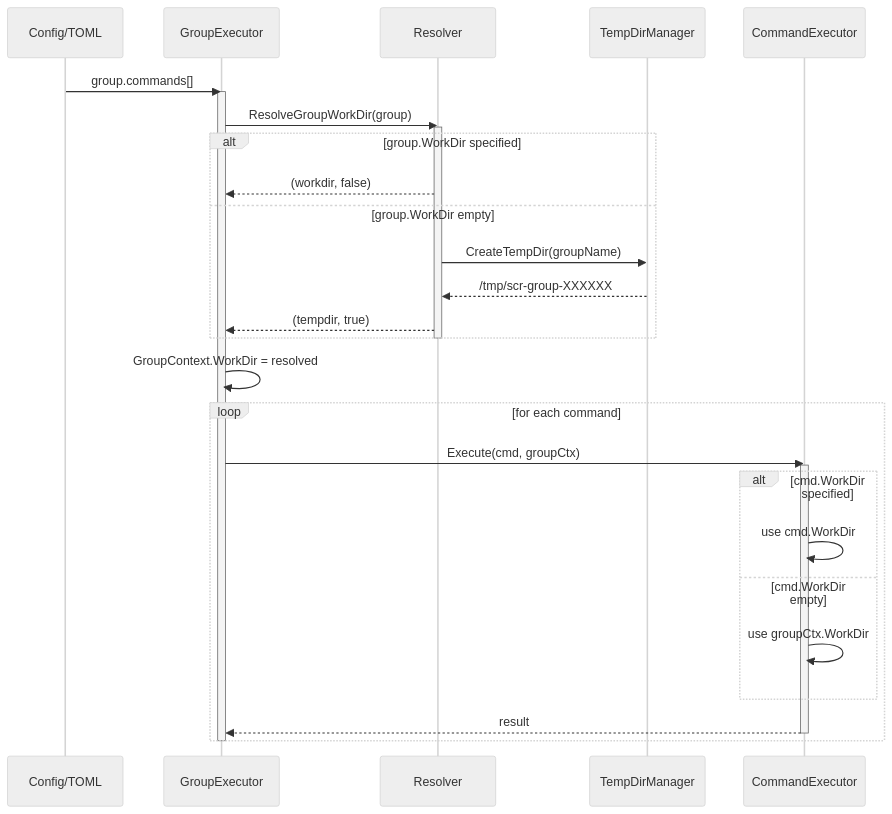
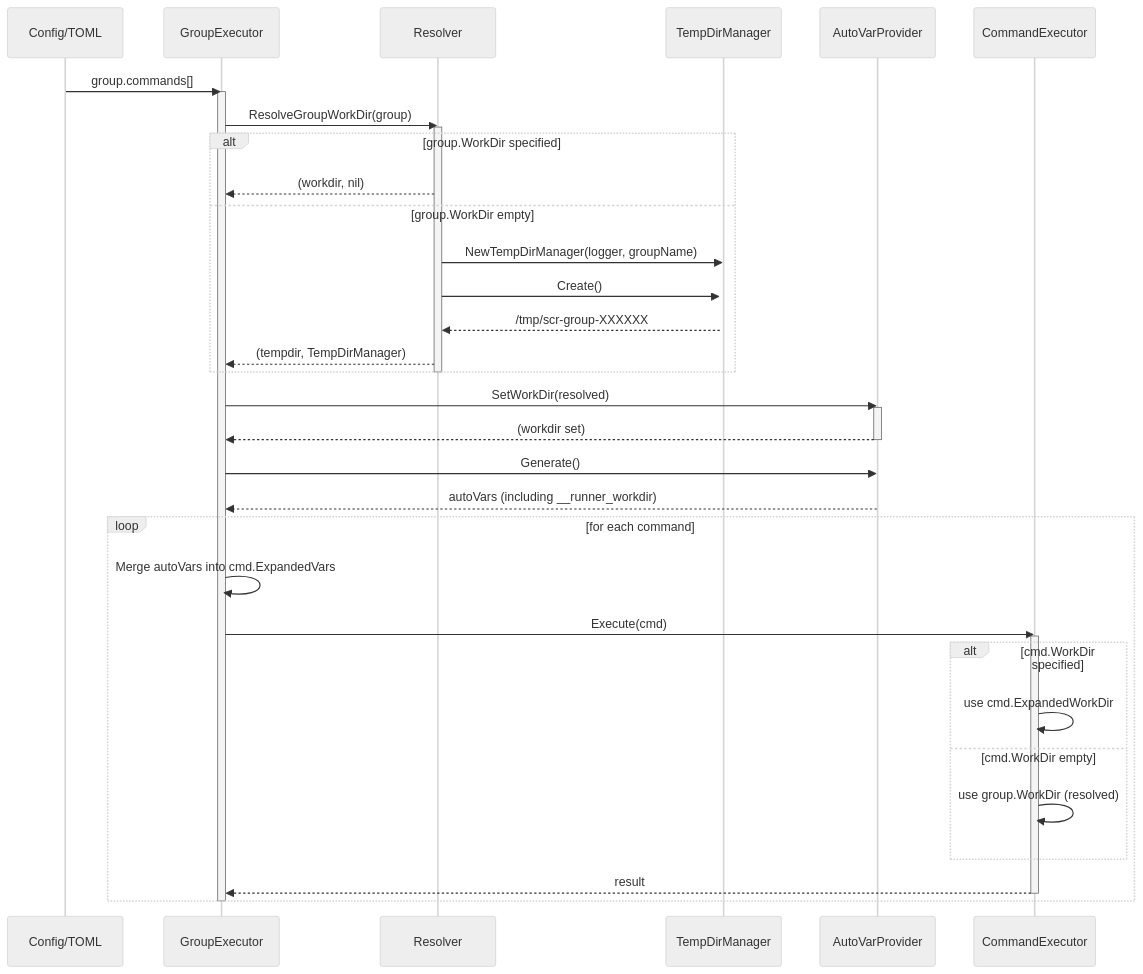
The eighth of 11 diagrams in docs/tasks/0034_workdir_redesign/02_architecture.md (isseis/go-safe-cmd-runner), drawn with Mermaid (neutral theme) before and after one commit. The commit also changed other lines of this file, not shown here.

First line of the commit message:
Refactor workdir design docs to use AutoVarProvider for __runner_workdir

````diff
--- a/docs/tasks/0034_workdir_redesign/02_architecture.md
+++ b/docs/tasks/0034_workdir_redesign/02_architecture.md
@@ -517,41 +523,51 @@
 ```mermaid
 sequenceDiagram
     participant Config as Config/TOML
     participant GE as GroupExecutor
     participant Resolve as Resolver
     participant TDM as TempDirManager
+    participant AVP as AutoVarProvider
     participant CE as CommandExecutor
 
     Config->>GE: group.commands[]
     activate GE
 
     GE->>Resolve: ResolveGroupWorkDir(group)
     activate Resolve
 
     alt group.WorkDir specified
-        Resolve-->>GE: (workdir, false)
+        Resolve-->>GE: (workdir, nil)
     else group.WorkDir empty
-        Resolve->>TDM: CreateTempDir(groupName)
+        Resolve->>TDM: NewTempDirManager(logger, groupName)
+        activate TDM
+        Resolve->>TDM: Create()
         TDM-->>Resolve: /tmp/scr-group-XXXXXX
-        Resolve-->>GE: (tempdir, true)
+        Resolve-->>GE: (tempdir, TempDirManager)
     end
     deactivate Resolve
 
-    GE->>GE: GroupContext.WorkDir = resolved
+    GE->>AVP: SetWorkDir(resolved)
+    activate AVP
+    AVP-->>GE: (workdir set)
+    deactivate AVP
+
+    GE->>AVP: Generate()
+    AVP-->>GE: autoVars (including __runner_workdir)
 
     loop for each command
-        GE->>CE: Execute(cmd, groupCtx)
+        GE->>GE: Merge autoVars into cmd.ExpandedVars
+        GE->>CE: Execute(cmd)
         activate CE
 
         alt cmd.WorkDir specified
-            CE->>CE: use cmd.WorkDir
+            CE->>CE: use cmd.ExpandedWorkDir
         else cmd.WorkDir empty
-            CE->>CE: use groupCtx.WorkDir
+            CE->>CE: use group.WorkDir (resolved)
         end
 
         CE-->>GE: result
         deactivate CE
     end
 
     deactivate GE
 ```
````
